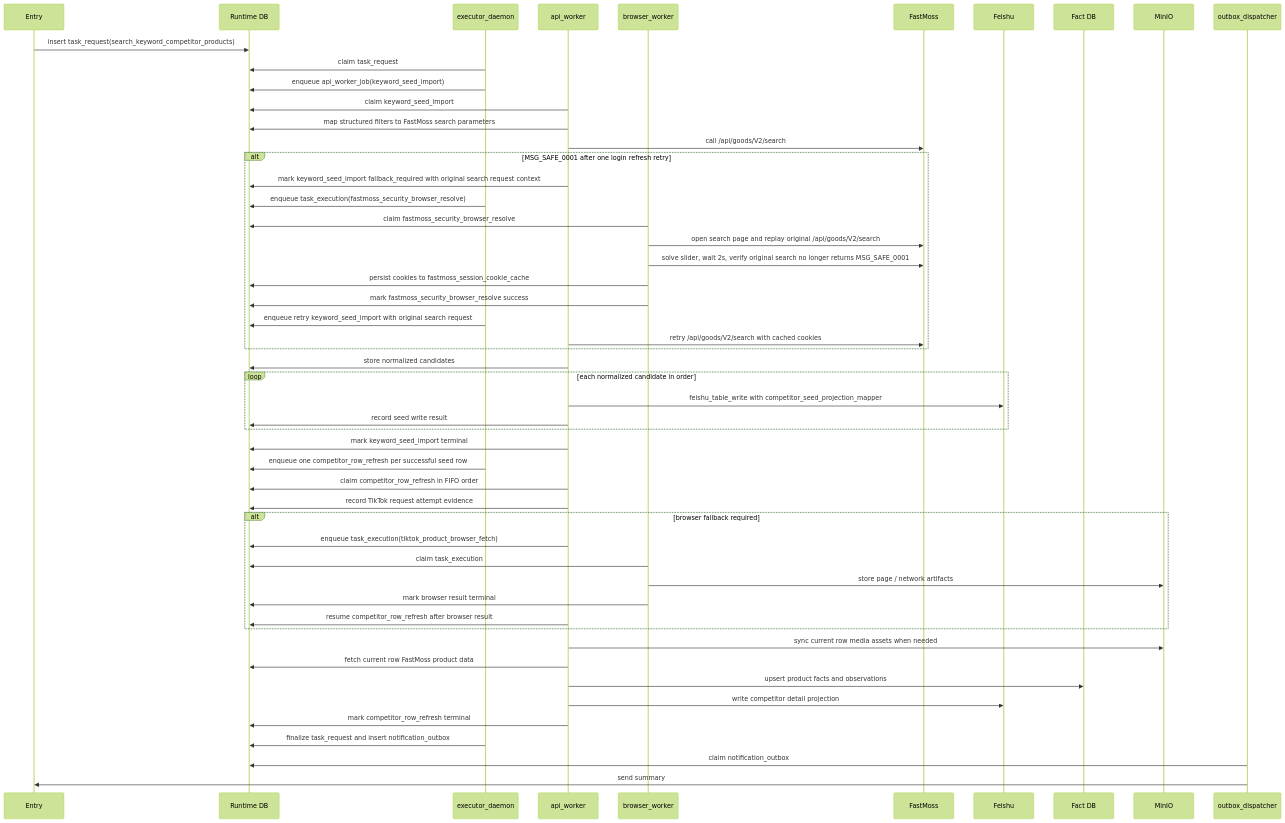
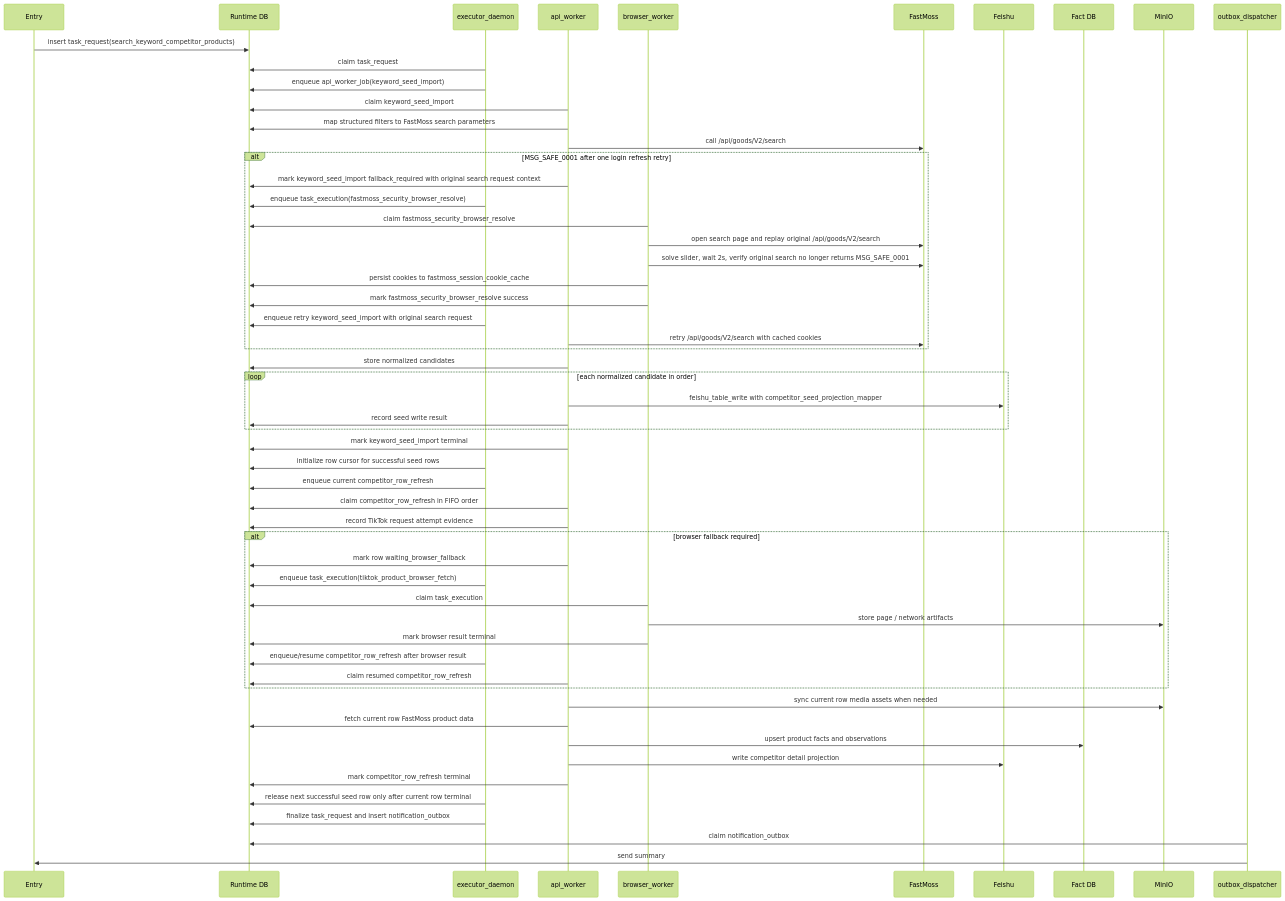
The fifth of 5 diagrams in docs/arch/workflow-competitor-table-design.md (knighterrantsky/mujitask), drawn with Mermaid (forest theme) before and after one commit. The commit also changed other lines of this file and 44 other files, not shown here.

Commit message:
Fix browser fallback resume boundaries

````diff
--- a/docs/arch/workflow-competitor-table-design.md
+++ b/docs/arch/workflow-competitor-table-design.md
@@ -285,55 +317,59 @@
 ```mermaid
 sequenceDiagram
     participant Entry as Entry
     participant DB as Runtime DB
     participant Exec as executor_daemon
     participant API as api_worker
     participant Browser as browser_worker
     participant FastMoss as FastMoss
     participant Feishu as Feishu
     participant Fact as Fact DB
     participant Obj as MinIO
     participant Outbox as outbox_dispatcher
 
     Entry->>DB: insert task_request(search_keyword_competitor_products)
     Exec->>DB: claim task_request
     Exec->>DB: enqueue api_worker_job(keyword_seed_import)
     API->>DB: claim keyword_seed_import
     API->>DB: map structured filters to FastMoss search parameters
     API->>FastMoss: call /api/goods/V2/search
     alt MSG_SAFE_0001 after one login refresh retry
         API->>DB: mark keyword_seed_import fallback_required with original search request context
         Exec->>DB: enqueue task_execution(fastmoss_security_browser_resolve)
         Browser->>DB: claim fastmoss_security_browser_resolve
         Browser->>FastMoss: open search page and replay original /api/goods/V2/search
         Browser->>FastMoss: solve slider, wait 2s, verify original search no longer returns MSG_SAFE_0001
         Browser->>DB: persist cookies to fastmoss_session_cookie_cache
         Browser->>DB: mark fastmoss_security_browser_resolve success
         Exec->>DB: enqueue retry keyword_seed_import with original search request
         API->>FastMoss: retry /api/goods/V2/search with cached cookies
     end
     API->>DB: store normalized candidates
     loop each normalized candidate in order
         API->>Feishu: feishu_table_write with competitor_seed_projection_mapper
         API->>DB: record seed write result
     end
     API->>DB: mark keyword_seed_import terminal
-    Exec->>DB: enqueue one competitor_row_refresh per successful seed row
+    Exec->>DB: initialize row cursor for successful seed rows
+    Exec->>DB: enqueue current competitor_row_refresh
     API->>DB: claim competitor_row_refresh in FIFO order
     API->>DB: record TikTok request attempt evidence
     alt browser fallback required
-        API->>DB: enqueue task_execution(tiktok_product_browser_fetch)
+        API->>DB: mark row waiting_browser_fallback
+        Exec->>DB: enqueue task_execution(tiktok_product_browser_fetch)
         Browser->>DB: claim task_execution
         Browser->>Obj: store page / network artifacts
         Browser->>DB: mark browser result terminal
-        API->>DB: resume competitor_row_refresh after browser result
+        Exec->>DB: enqueue/resume competitor_row_refresh after browser result
+        API->>DB: claim resumed competitor_row_refresh
     end
     API->>Obj: sync current row media assets when needed
     API->>DB: fetch current row FastMoss product data
     API->>Fact: upsert product facts and observations
     API->>Feishu: write competitor detail projection
     API->>DB: mark competitor_row_refresh terminal
+    Exec->>DB: release next successful seed row only after current row terminal
     Exec->>DB: finalize task_request and insert notification_outbox
     Outbox->>DB: claim notification_outbox
     Outbox->>Entry: send summary
 ```
````
